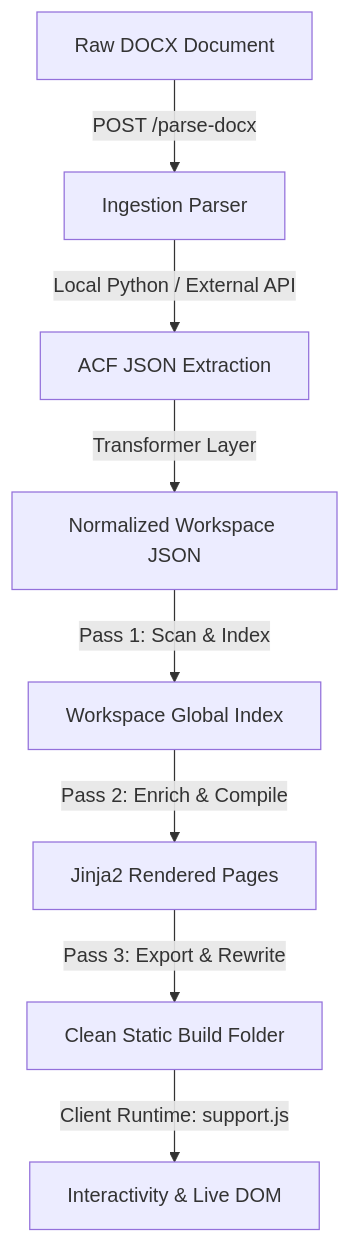
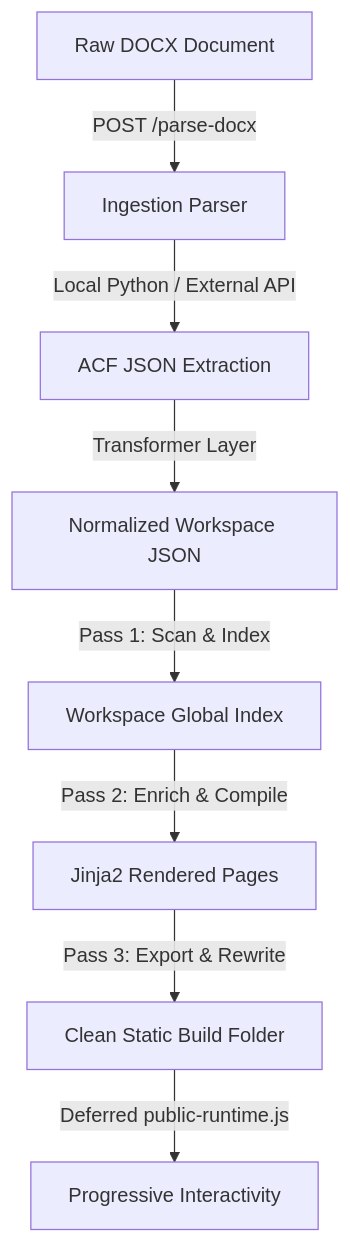
One commit to db-sde/page-builder changed the diagram in REPORT.md. Above: the diagram before and after it, drawn with Mermaid. The commit also changed other lines of this file and 40 other files, not shown here.

````diff
--- a/REPORT.md
+++ b/REPORT.md
@@ -23,10 +23,10 @@
 ```mermaid
 graph TD
     A[Raw DOCX Document] -->|POST /parse-docx| B[Ingestion Parser]
     B -->|Local Python / External API| C[ACF JSON Extraction]
     C -->|Transformer Layer| D[Normalized Workspace JSON]
     D -->|Pass 1: Scan & Index| E[Workspace Global Index]
     E -->|Pass 2: Enrich & Compile| F[Jinja2 Rendered Pages]
     F -->|Pass 3: Export & Rewrite| G[Clean Static Build Folder]
-    G -->|Client Runtime: support.js| H[Interactivity & Live DOM]
+    G -->|Deferred public-runtime.js| H[Progressive Interactivity]
 ```
````
